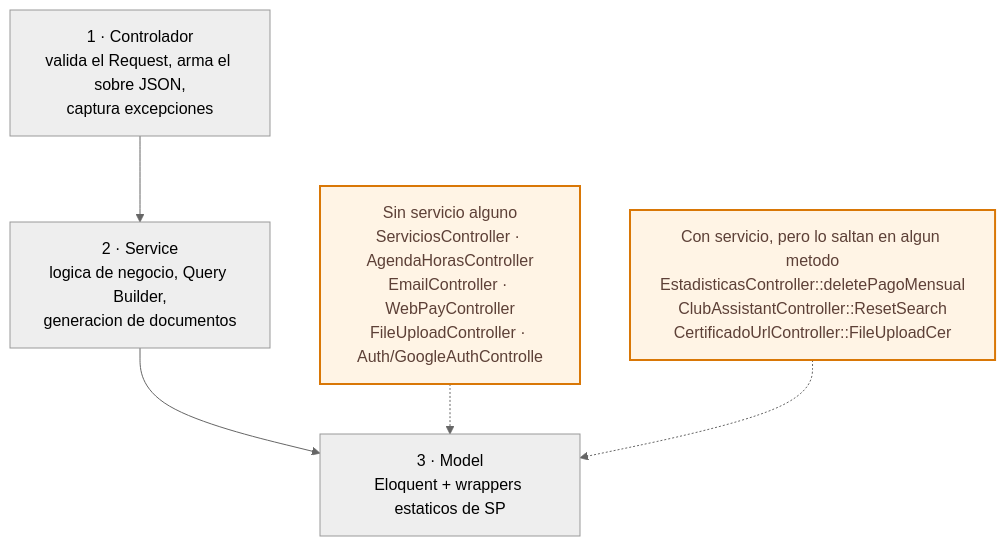
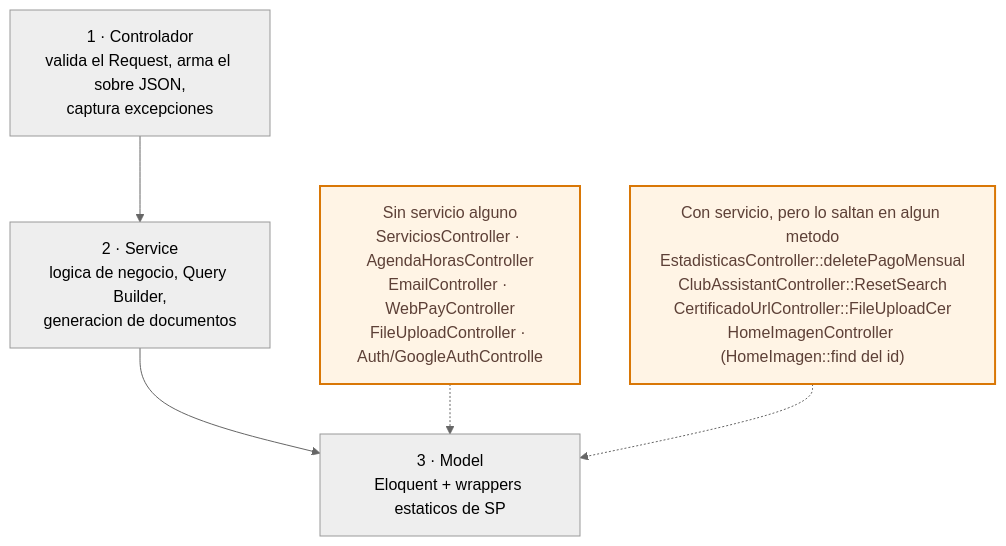
The second of 6 diagrams in docs/arquitectura.md (Nruz-app/laravel-back-end-ergosanitas-app), drawn with Mermaid (neutral theme) before and after one commit. The commit also changed other lines of this file and 15 other files, not shown here.

````diff
--- a/docs/arquitectura.md
+++ b/docs/arquitectura.md
@@ -87,18 +87,18 @@
 ```mermaid
 flowchart TB
     C1["1 · Controlador<br/>valida el Request, arma el sobre JSON,<br/>captura excepciones"]
     C2["2 · Service<br/>logica de negocio, Query Builder,<br/>generacion de documentos"]
     C3["3 · Model<br/>Eloquent + wrappers estaticos de SP"]
 
     C1 --> C2 --> C3
 
     SALTAN["Sin servicio alguno<br/>ServiciosController · AgendaHorasController<br/>EmailController · WebPayController<br/>FileUploadController · Auth/GoogleAuthControlle"]
-    PARCIAL["Con servicio, pero lo saltan en algun metodo<br/>EstadisticasController::deletePagoMensual<br/>ClubAssistantController::ResetSearch<br/>CertificadoUrlController::FileUploadCer"]
+    PARCIAL["Con servicio, pero lo saltan en algun metodo<br/>EstadisticasController::deletePagoMensual<br/>ClubAssistantController::ResetSearch<br/>CertificadoUrlController::FileUploadCer<br/>HomeImagenController (HomeImagen::find del id)"]
 
     SALTAN -.-> C3
     PARCIAL -.-> C3
 
     SALTAN:::warn
     PARCIAL:::warn
     classDef warn fill:#fff4e5,stroke:#d97706,stroke-width:2px,color:#5d4037
 ```
````
